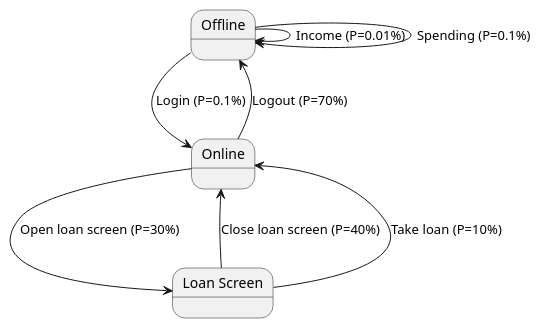
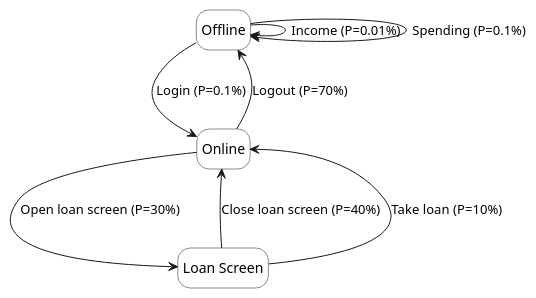
One commit to getindata/doge-datagen changed the diagram in doc/states.plantuml. Above: the diagram before and after it, drawn with PlantUML. The commit also changed 3 other files, not shown here.

Commit message:
Bump version to 1.0.0. Add license. Update diagram style.

```diff
--- a/doc/states.plantuml
+++ b/doc/states.plantuml
@@ -1,13 +1,17 @@
 @startuml
+hide empty description
+skinparam state {
+    BackgroundColor white
+}
 state Offline
 state Online
 state "Loan Screen" as LoanScreen
 
 Offline --> Offline : Income (P=0.01%)
 Offline --> Offline : Spending (P=0.1%)
 Offline --> Online : Login (P=0.1%)
 Online --> Offline : Logout (P=70%)
 Online --> LoanScreen : Open loan screen (P=30%)
 LoanScreen --> Online : Close loan screen (P=40%)
 LoanScreen --> Online : Take loan (P=10%)
 @enduml
```
